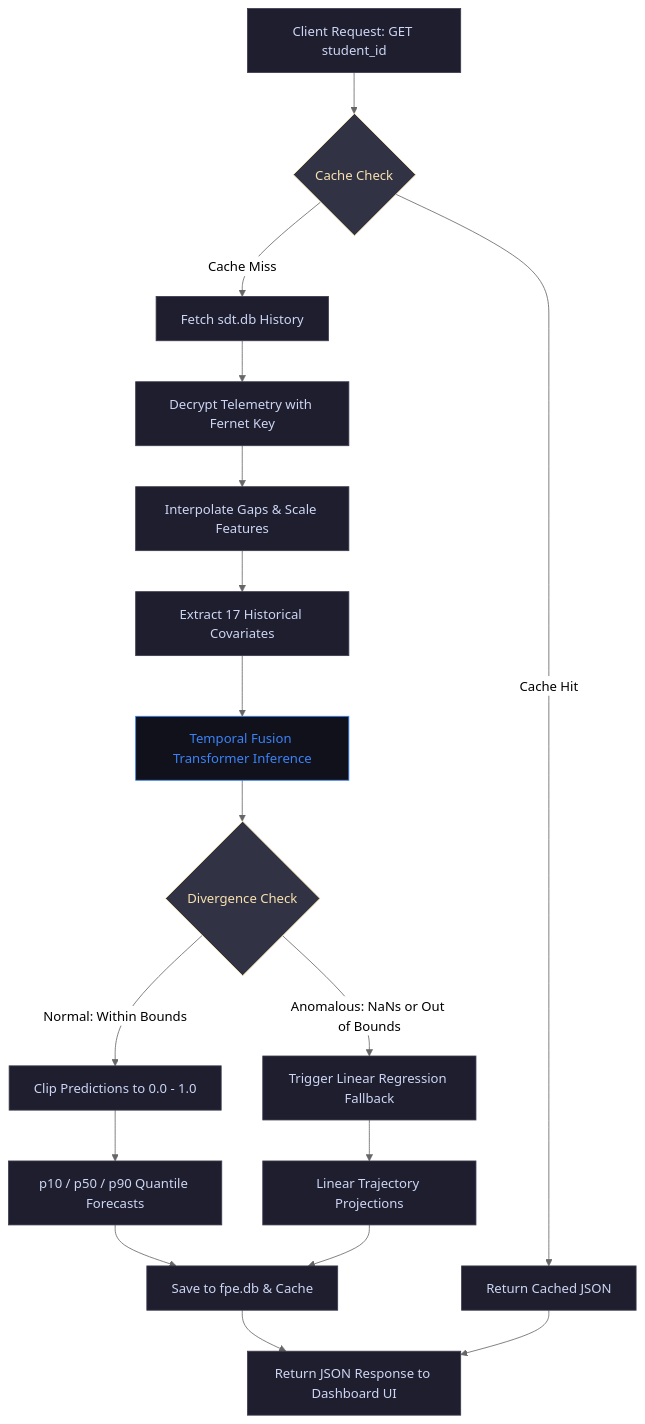
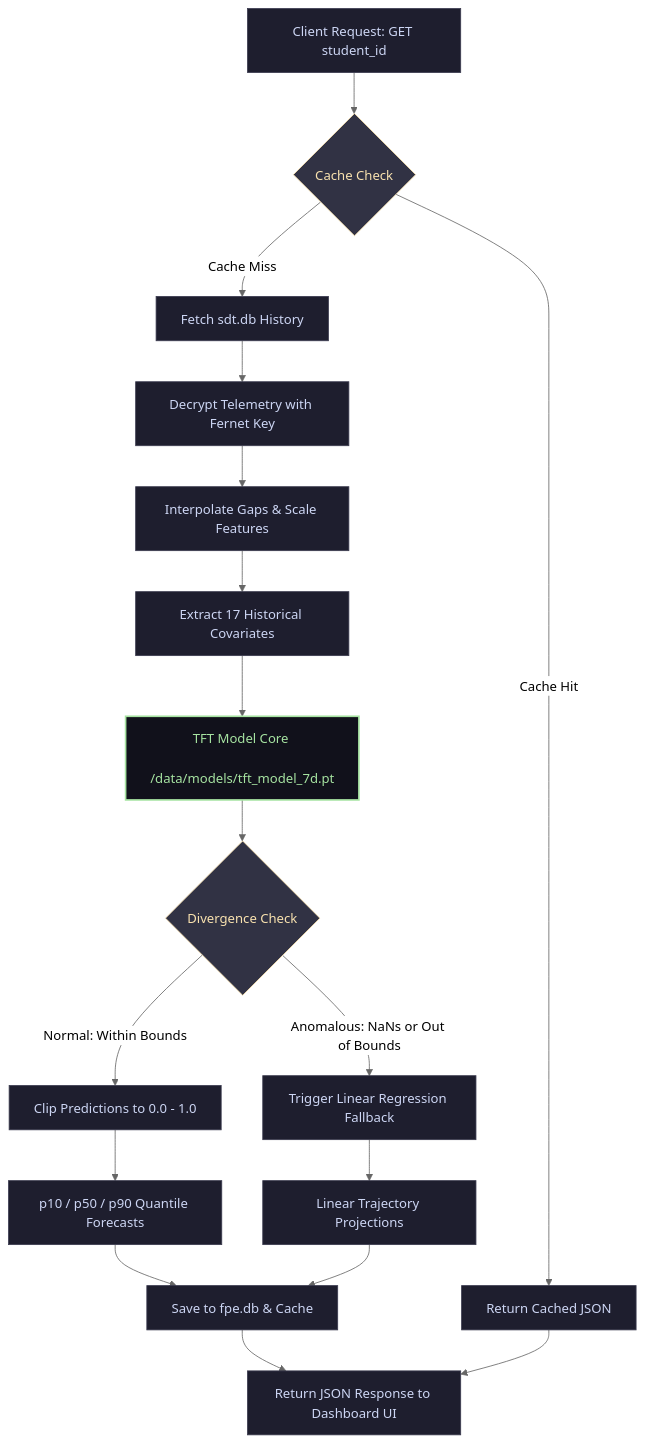
The diagram in README.md (tezendrax/FPE-Student-State-Forecasting-Engine--Wellmefy), drawn with Mermaid (neutral theme) before and after one commit. The commit also changed other lines of this file and 1 other file, not shown here.

Commit message:
Updating flowchart model path and adding output schema

````diff
--- a/README.md
+++ b/README.md
@@ -13,37 +13,39 @@
 ```mermaid
 graph TD
     %% Entry Point
     A[Client Request: GET student_id] --> B{Cache Check}
     
     %% Cache Branching
     B -->|Cache Hit| C[Return Cached JSON]
     B -->|Cache Miss| D[Fetch sdt.db History]
     
     %% Processing Pipeline
     D --> E[Decrypt Telemetry with Fernet Key]
     E --> F[Interpolate Gaps & Scale Features]
     F --> G[Extract 17 Historical Covariates]
-    G --> H[Temporal Fusion Transformer Inference]
+    
+    %% Forecasting Core (highlighting model location!)
+    G --> H[TFT Model Core <br> /data/models/tft_model_7d.pt]
     
     %% Divergence Check Branching
     H --> I{Divergence Check}
     I -->|Normal: Within Bounds| J[Clip Predictions to 0.0 - 1.0]
     I -->|Anomalous: NaNs or Out of Bounds| K[Trigger Linear Regression Fallback]
     
     %% Target Outputs
     J --> L[p10 / p50 / p90 Quantile Forecasts]
     K --> M[Linear Trajectory Projections]
     
     %% Concluding Pipeline
     L --> N[Save to fpe.db & Cache]
     M --> N
     N --> O[Return JSON Response to Dashboard UI]
     C --> O
 
     %% Styling
     classDef default fill:#1e1e2e,stroke:#3b3b4f,color:#cdd6f4;
     classDef decision fill:#313244,stroke:#f9e2af,color:#f9e2af;
-    classDef highlight fill:#11111b,stroke:#3b82f6,color:#3b82f6;
+    classDef model fill:#11111b,stroke:#a6e3a1,color:#a6e3a1,stroke-width:2px;
     class B,I decision;
-    class H highlight;
+    class H model;
 ```
````
